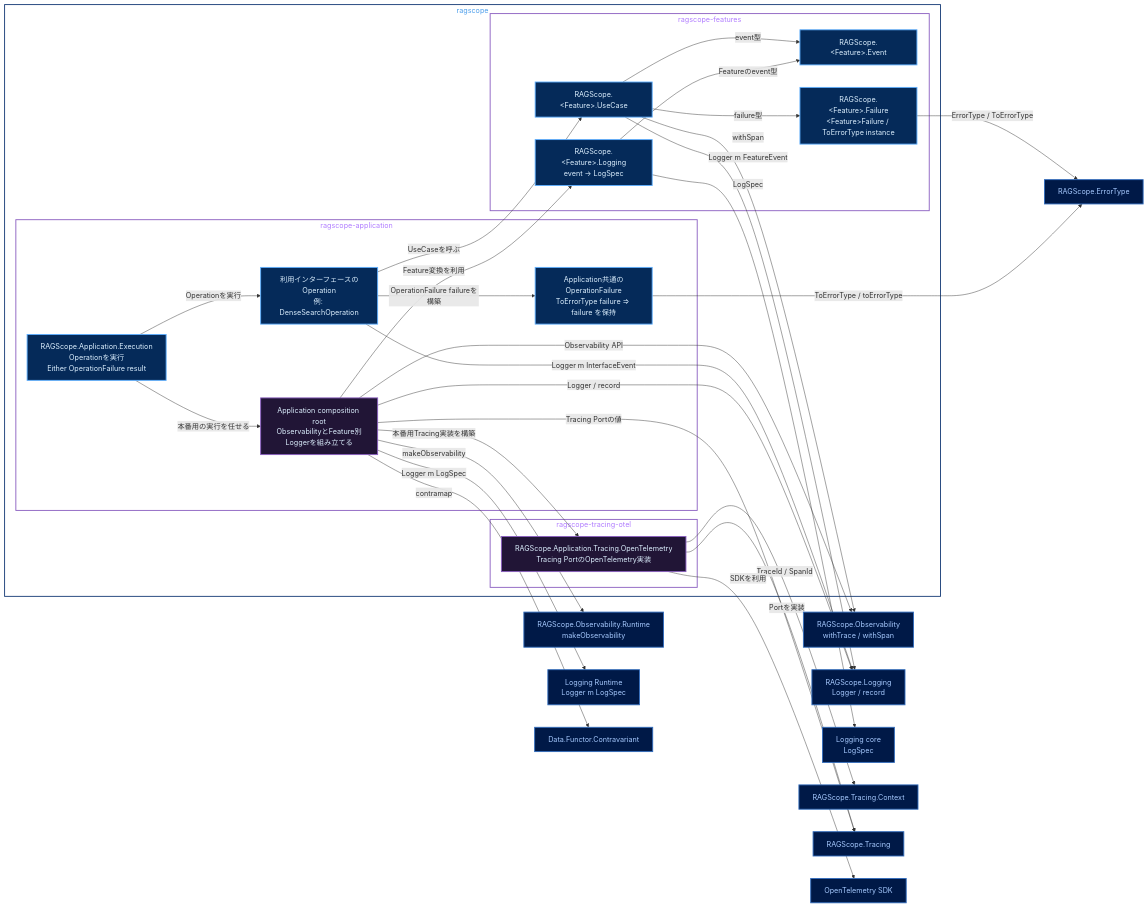
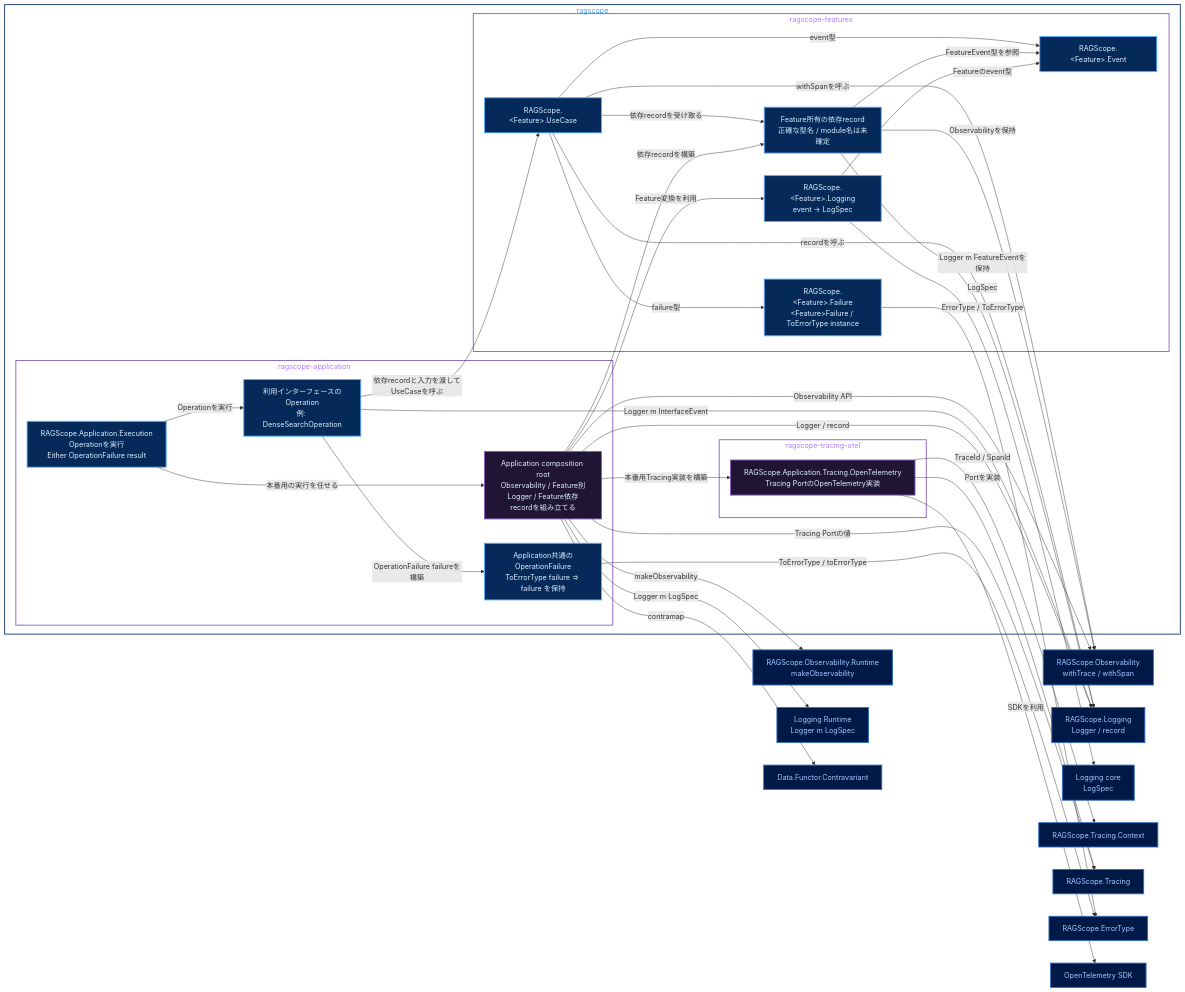
The diagram in Notes/RAGScope/RAGScopeアプリケーション/実行追跡・構造化ログ静的依存図 Application・Feature.md (takashit16833/Workbench), drawn with Mermaid before and after one commit. The commit also changed other lines of this file, not shown here.

Commit message:
docs: show feature dependency record

````diff
--- a/Notes/RAGScope/RAGScopeアプリケーション/実行追跡・構造化ログ静的依存図 Application・Feature.md
+++ b/Notes/RAGScope/RAGScopeアプリケーション/実行追跡・構造化ログ静的依存図 Application・Feature.md
@@ -21,66 +23,72 @@
 ```mermaid
 flowchart LR
     subgraph pkg_ragscope["ragscope"]
         subgraph app["ragscope-application"]
             app_exec["RAGScope.Application.Execution<br/>Operationを実行<br/>Either OperationFailure result"]
-            composition["Application composition root<br/>ObservabilityとFeature別Loggerを組み立てる"]
+            composition["Application composition root<br/>Observability / Feature別Logger / Feature依存recordを組み立てる"]
             interface_op["利用インターフェースのOperation<br/>例: DenseSearchOperation"]
             operation_failure["Application共通のOperationFailure<br/>ToErrorType failure =&gt; failure を保持"]
         end
         subgraph feature_lib["ragscope-features"]
             feature_usecase["RAGScope.&lt;Feature&gt;.UseCase"]
+            feature_deps["Feature所有の依存record<br/>正確な型名 / module名は未確定"]
             feature_event["RAGScope.&lt;Feature&gt;.Event"]
             feature_failure["RAGScope.&lt;Feature&gt;.Failure<br/>&lt;Feature&gt;Failure / ToErrorType instance"]
             feature_logging["RAGScope.&lt;Feature&gt;.Logging<br/>event → LogSpec"]
         end
         subgraph otel_adapter_lib["ragscope-tracing-otel"]
             otel_adapter["RAGScope.Application.Tracing.OpenTelemetry<br/>Tracing PortのOpenTelemetry実装"]
         end
     end
     obs["RAGScope.Observability<br/>withTrace / withSpan"]
     obs_runtime["RAGScope.Observability.Runtime<br/>makeObservability"]
     logger["RAGScope.Logging<br/>Logger / record"]
     logspec["Logging core<br/>LogSpec"]
     logging_runtime["Logging Runtime<br/>Logger m LogSpec"]
     context["RAGScope.Tracing.Context"]
     tracing["RAGScope.Tracing"]
     error_type["RAGScope.ErrorType"]
     contravariant["Data.Functor.Contravariant"]
     sdk["OpenTelemetry SDK"]
 
     app_exec -->|本番用の実行を任せる| composition
     app_exec -->|Operationを実行| interface_op
     composition -->|Feature変換を利用| feature_logging
+    composition -->|依存recordを構築| feature_deps
     composition -->|Logger / record| logger
     composition -->|Logger m LogSpec| logging_runtime
     composition -->|contramap| contravariant
     feature_logging -->|Featureのevent型| feature_event
     feature_logging -->|LogSpec| logspec
-    interface_op -->|UseCaseを呼ぶ| feature_usecase
+    interface_op -->|依存recordと入力を渡してUseCaseを呼ぶ| feature_usecase
     interface_op -->|Logger m InterfaceEvent| logger
     interface_op -->|OperationFailure failureを構築| operation_failure
     operation_failure -->|ToErrorType / toErrorType| error_type
+    feature_usecase -->|依存recordを受け取る| feature_deps
+    feature_deps -->|FeatureEvent型を参照| feature_event
+    feature_deps -->|Observabilityを保持| obs
+    feature_deps -->|Logger m FeatureEventを保持| logger
     feature_usecase -->|event型| feature_event
     feature_usecase -->|failure型| feature_failure
-    feature_usecase -->|withSpan| obs
-    feature_usecase -->|Logger m FeatureEvent| logger
+    feature_usecase -->|withSpanを呼ぶ| obs
+    feature_usecase -->|recordを呼ぶ| logger
     feature_failure -->|ErrorType / ToErrorType| error_type
     composition -->|Observability API| obs
     composition -->|makeObservability| obs_runtime
     composition -->|Tracing Portの値| tracing
     composition -->|本番用Tracing実装を構築| otel_adapter
     otel_adapter -->|Portを実装| tracing
     otel_adapter -->|TraceId / SpanId| context
     otel_adapter -->|SDKを利用| sdk
 
     classDef public fill:#052A59,stroke:#5EAFFF,color:#DDF0FF,stroke-width:2px
     classDef private fill:#211536,stroke:#8A5EC0,color:#DDF0FF,stroke-width:2px
     classDef outside fill:#001947,stroke:#316CBD,color:#A6CAFF,stroke-width:2px
-    class app_exec,interface_op,operation_failure,feature_usecase,feature_event,feature_failure,feature_logging public
+    class app_exec,interface_op,operation_failure,feature_usecase,feature_deps,feature_event,feature_failure,feature_logging public
     class composition,otel_adapter private
     class obs,obs_runtime,logger,logspec,logging_runtime,context,tracing,error_type,contravariant,sdk outside
     style pkg_ragscope fill:transparent,stroke:#153A75,color:#4C9EEB,stroke-width:2px
     style app fill:transparent,stroke:#8A5EC0,color:#B07CFF,stroke-width:2px
     style feature_lib fill:transparent,stroke:#8A5EC0,color:#B07CFF,stroke-width:2px
     style otel_adapter_lib fill:transparent,stroke:#8A5EC0,color:#B07CFF,stroke-width:2px
 ```
````
